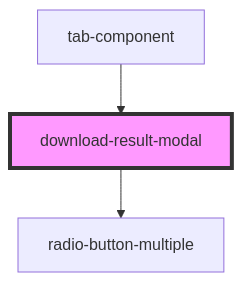
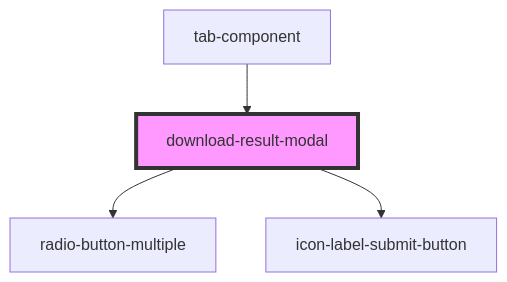
Before and after one commit to techvariable/NeptuneConnectComponents: the diagram in src/components/editorPage/download-result-modal/readme.md, drawn with Mermaid. The commit also changed other lines of this file and 28 other files, not shown here.

````diff
--- a/src/components/editorPage/download-result-modal/readme.md
+++ b/src/components/editorPage/download-result-modal/readme.md
@@ -19,6 +20,7 @@
 ```mermaid
 graph TD;
   download-result-modal --> radio-button-multiple
+  download-result-modal --> icon-label-submit-button
   tab-component --> download-result-modal
   style download-result-modal fill:#f9f,stroke:#333,stroke-width:4px
 ```
````
